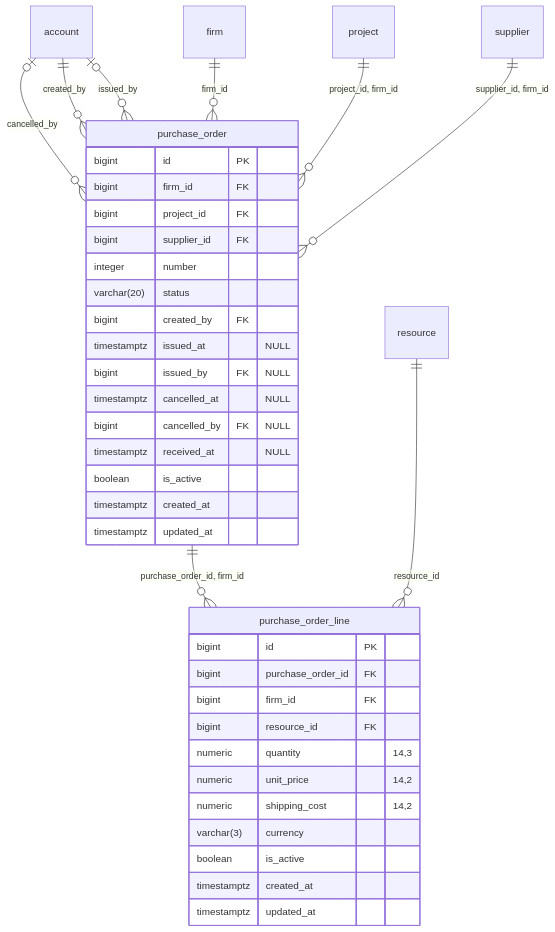
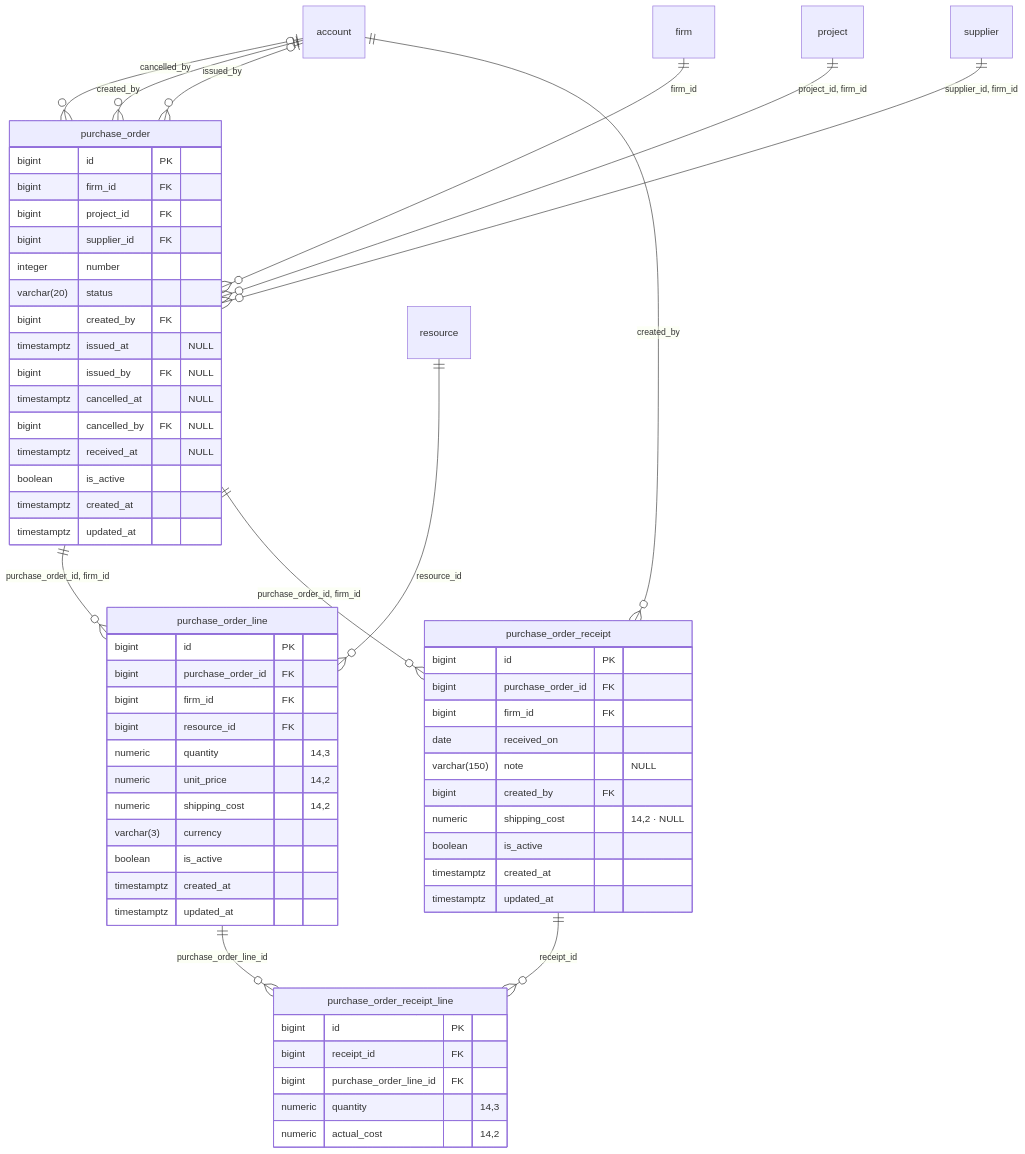
Before and after one commit to uca-argentina/pid-2026-doblews: the eighth of 8 diagrams in docs/der.md, drawn with Mermaid. The commit also changed other lines of this file and 3 other files, not shown here.

Commit message:
feat: purchase order receipt schema, with the freight on the delivery (HU-22)

````diff
--- a/docs/der.md
+++ b/docs/der.md
@@ -691,42 +714,65 @@
 ```mermaid
 erDiagram
     purchase_order {
         bigint id PK
         bigint firm_id FK
         bigint project_id FK
         bigint supplier_id FK
         integer number
         varchar(20) status
         bigint created_by FK
         timestamptz issued_at "NULL"
         bigint issued_by FK "NULL"
         timestamptz cancelled_at "NULL"
         bigint cancelled_by FK "NULL"
         timestamptz received_at "NULL"
         boolean is_active
         timestamptz created_at
         timestamptz updated_at
     }
     purchase_order_line {
         bigint id PK
         bigint purchase_order_id FK
         bigint firm_id FK
         bigint resource_id FK
         numeric quantity "14,3"
         numeric unit_price "14,2"
         numeric shipping_cost "14,2"
         varchar(3) currency
         boolean is_active
         timestamptz created_at
         timestamptz updated_at
     }
+    purchase_order_receipt {
+        bigint id PK
+        bigint purchase_order_id FK
+        bigint firm_id FK
+        date received_on
+        varchar(150) note "NULL"
+        bigint created_by FK
+        numeric shipping_cost "14,2 · NULL"
+        boolean is_active
+        timestamptz created_at
+        timestamptz updated_at
+    }
+    purchase_order_receipt_line {
+        bigint id PK
+        bigint receipt_id FK
+        bigint purchase_order_line_id FK
+        numeric quantity "14,3"
+        numeric actual_cost "14,2"
+    }
 
     account |o--o{ purchase_order : "cancelled_by"
     account ||--o{ purchase_order : "created_by"
     account |o--o{ purchase_order : "issued_by"
     firm ||--o{ purchase_order : "firm_id"
     project ||--o{ purchase_order : "project_id, firm_id"
     supplier ||--o{ purchase_order : "supplier_id, firm_id"
     purchase_order ||--o{ purchase_order_line : "purchase_order_id, firm_id"
     resource ||--o{ purchase_order_line : "resource_id"
+    account ||--o{ purchase_order_receipt : "created_by"
+    purchase_order ||--o{ purchase_order_receipt : "purchase_order_id, firm_id"
+    purchase_order_line ||--o{ purchase_order_receipt_line : "purchase_order_line_id"
+    purchase_order_receipt ||--o{ purchase_order_receipt_line : "receipt_id"
 ```
````
